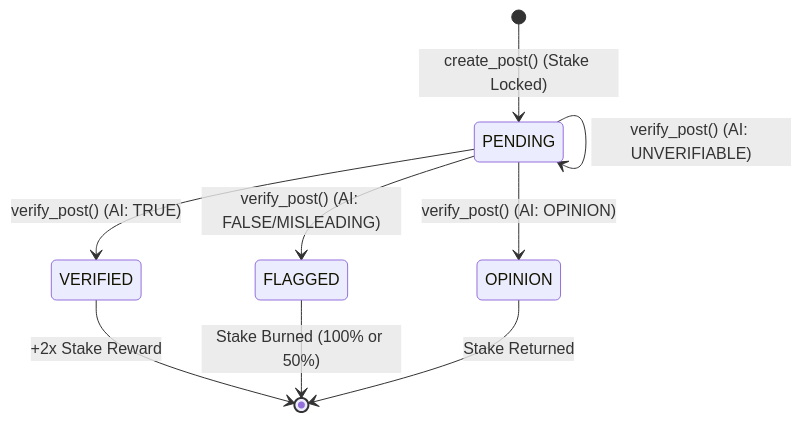
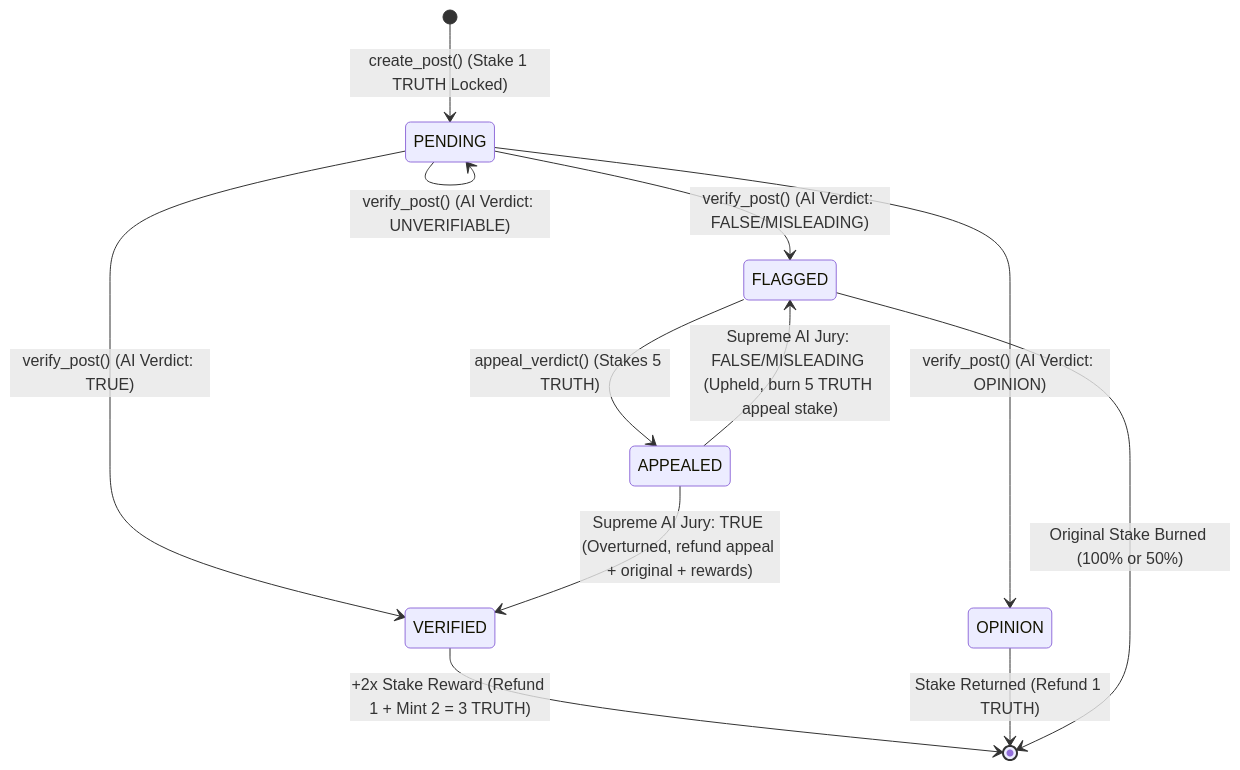
The second of 2 diagrams in docs/ARCHITECTURE.md (phu1271997/TruthLens), drawn with Mermaid before and after one commit. The commit also changed other lines of this file and 9 other files, not shown here.

````diff
--- a/docs/ARCHITECTURE.md
+++ b/docs/ARCHITECTURE.md
@@ -37,13 +54,18 @@
 ```mermaid
 stateDiagram-v2
-    [*] --> PENDING: create_post() (Stake Locked)
+    [*] --> PENDING: create_post() (Stake 1 TRUTH Locked)
     
-    PENDING --> VERIFIED: verify_post() (AI: TRUE)
-    PENDING --> FLAGGED: verify_post() (AI: FALSE/MISLEADING)
-    PENDING --> OPINION: verify_post() (AI: OPINION)
-    PENDING --> PENDING: verify_post() (AI: UNVERIFIABLE)
+    PENDING --> VERIFIED: verify_post() (AI Verdict: TRUE)
+    PENDING --> FLAGGED: verify_post() (AI Verdict: FALSE/MISLEADING)
+    PENDING --> OPINION: verify_post() (AI Verdict: OPINION)
+    PENDING --> PENDING: verify_post() (AI Verdict: UNVERIFIABLE)
     
-    VERIFIED --> [*]: +2x Stake Reward
-    FLAGGED --> [*]: Stake Burned (100% or 50%)
-    OPINION --> [*]: Stake Returned
+    VERIFIED --> [*]: +2x Stake Reward (Refund 1 + Mint 2 = 3 TRUTH)
+    OPINION --> [*]: Stake Returned (Refund 1 TRUTH)
+    
+    FLAGGED --> [*]: Original Stake Burned (100% or 50%)
+    FLAGGED --> APPEALED: appeal_verdict() (Stakes 5 TRUTH)
+    
+    APPEALED --> VERIFIED: Supreme AI Jury: TRUE (Overturned, refund appeal + original + rewards)
+    APPEALED --> FLAGGED: Supreme AI Jury: FALSE/MISLEADING (Upheld, burn 5 TRUTH appeal stake)
 ```
````
